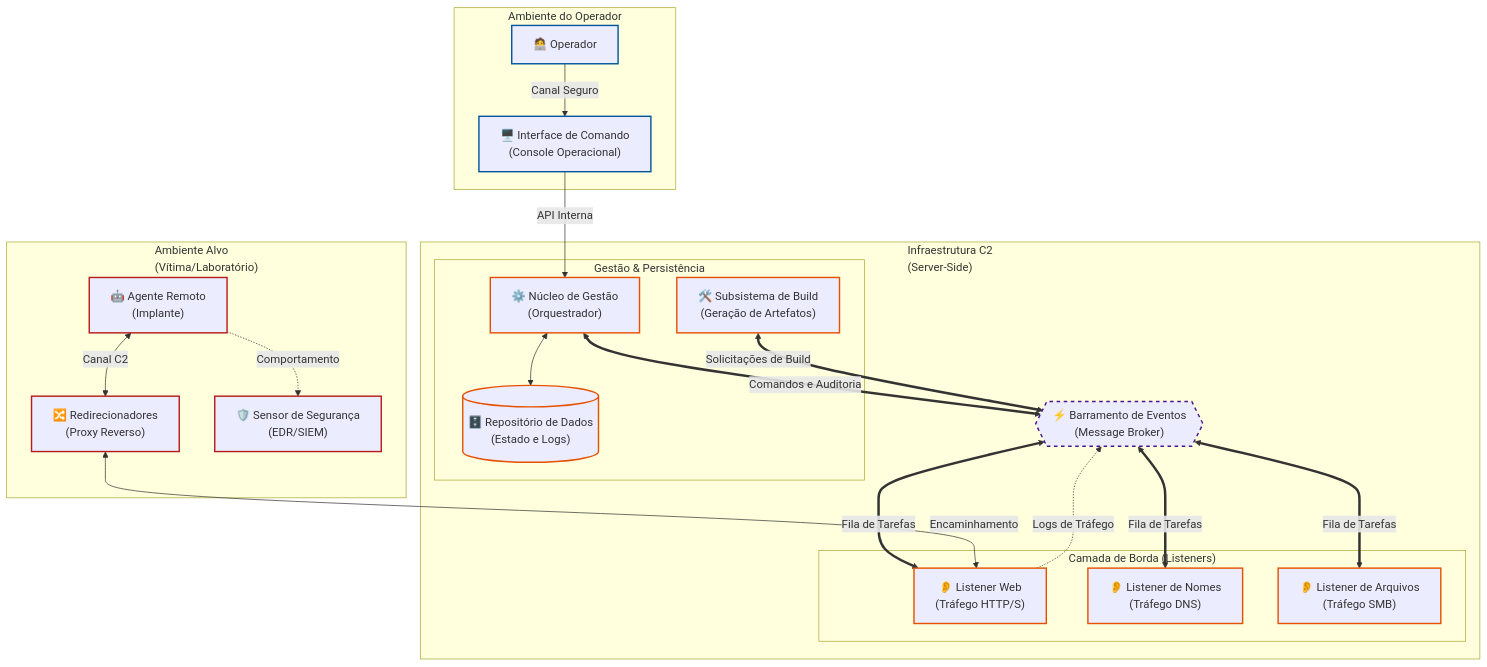
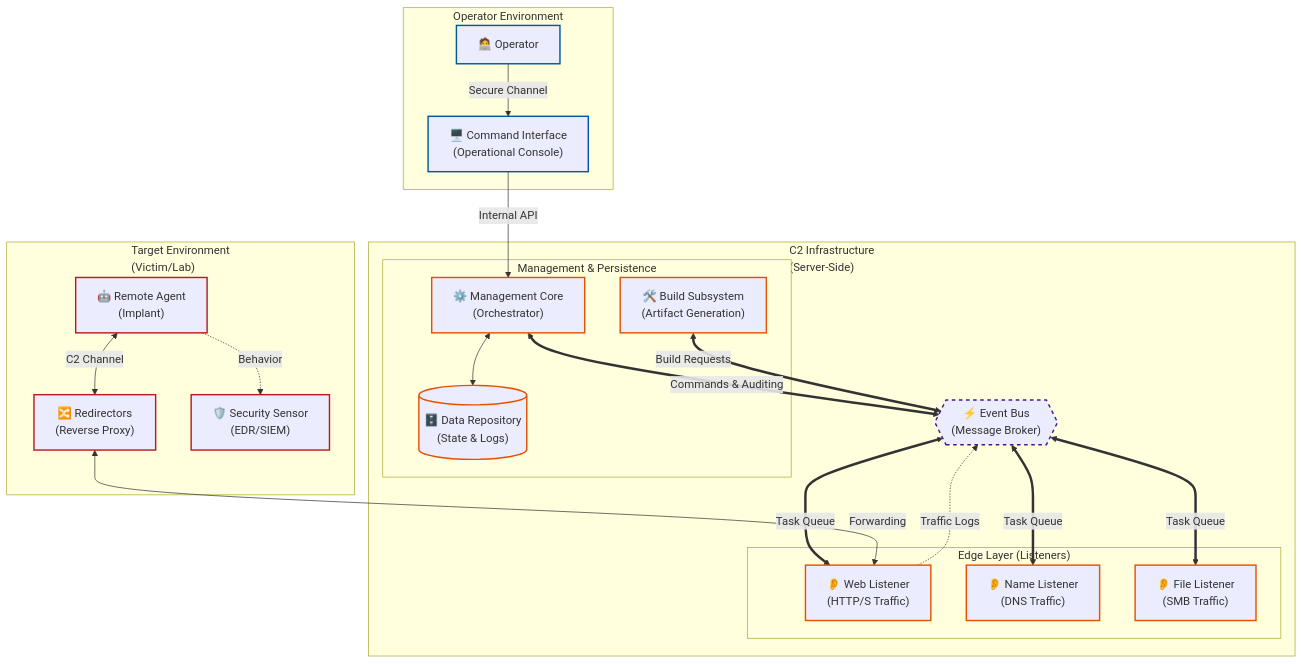
One commit to sourceunion/libre-control changed the first of 2 diagrams in ARCHITECTURE.md. Above: the diagram before and after it, drawn with Mermaid. The commit also changed other lines of this file and 29 other files, not shown here.

````diff
--- a/ARCHITECTURE.md
+++ b/ARCHITECTURE.md
@@ -11,60 +11,60 @@
 ```mermaid
 flowchart TD
-    %% Definição de Classes para Estilo (Mantidas para consistência visual)
+    %% Class Definitions for Styling
     classDef external stroke:#01579b,stroke-width:2px;
     classDef infra stroke:#e65100,stroke-width:2px;
     classDef broker stroke:#4a148c,stroke-width:2px,stroke-dasharray: 5 5;
     classDef target stroke:#b71c1c,stroke-width:2px;
 
-    subgraph "Ambiente do Operador"
-        Operator["🧑‍💻 Operador"]:::external
-        UI["🖥️ Interface de Comando<br>(Console Operacional)"]:::external
+    subgraph "Operator Environment"
+        Operator["🧑‍💻 Operator"]:::external
+        UI["🖥️ Command Interface<br>(Operational Console)"]:::external
     end
 
-    subgraph "Infraestrutura C2<br>(Server-Side)"
+    subgraph "C2 Infrastructure<br>(Server-Side)"
         
-        subgraph "Gestão & Persistência"
-            API["⚙️ Núcleo de Gestão<br>(Orquestrador)"]:::infra
-            DB[("🗄️ Repositório de Dados<br>(Estado e Logs)")]:::infra
-            Factory["🛠️ Subsistema de Build<br>(Geração de Artefatos)"]:::infra
+        subgraph "Management & Persistence"
+            API["⚙️ Management Core<br>(Orchestrator)"]:::infra
+            DB[("🗄️ Data Repository<br>(State & Logs)")]:::infra
+            Factory["🛠️ Build Subsystem<br>(Artifact Generation)"]:::infra
         end
 
-        %% Componente de Desacoplamento
-        Broker{{"⚡ Barramento de Eventos<br>(Message Broker)"}}:::broker
+        %% Decoupling Component
+        Broker{{"⚡ Event Bus<br>(Message Broker)"}}:::broker
 
-        subgraph "Camada de Borda (Listeners)"
-            L_Web["👂 Listener Web<br>(Tráfego HTTP/S)"]:::infra
-            L_Name["👂 Listener de Nomes<br>(Tráfego DNS)"]:::infra
-            L_File["👂 Listener de Arquivos<br>(Tráfego SMB)"]:::infra
+        subgraph "Edge Layer (Listeners)"
+            L_Web["👂 Web Listener<br>(HTTP/S Traffic)"]:::infra
+            L_Name["👂 Name Listener<br>(DNS Traffic)"]:::infra
+            L_File["👂 File Listener<br>(SMB Traffic)"]:::infra
         end
     end
 
-    subgraph "Ambiente Alvo<br>(Vítima/Laboratório)"
-        Redir["🔀 Redirecionadores<br>(Proxy Reverso)"]:::target
-        Agent["🤖 Agente Remoto<br>(Implante)"]:::target
-        Sensor["🛡️ Sensor de Segurança<br>(EDR/SIEM)"]:::target
+    subgraph "Target Environment<br>(Victim/Lab)"
+        Redir["🔀 Redirectors<br>(Reverse Proxy)"]:::target
+        Agent["🤖 Remote Agent<br>(Implant)"]:::target
+        Sensor["🛡️ Security Sensor<br>(EDR/SIEM)"]:::target
     end
 
-    %% --- RELAÇÕES ---
+    %% --- RELATIONSHIPS ---
 
-    %% Fluxo de Controle
-    Operator -->|Canal Seguro| UI
-    UI -->|API Interna| API
+    %% Control Flow
+    Operator -->|Secure Channel| UI
+    UI -->|Internal API| API
     API <--> DB
     
-    %% Integração via Barramento (Pub/Sub)
-    API <==>|Comandos e Auditoria| Broker
-    Factory <==>|Solicitações de Build| Broker
+    %% Integration via Bus (Pub/Sub)
+    API <==>|Commands & Auditing| Broker
+    Factory <==>|Build Requests| Broker
     
-    Broker <==>|Fila de Tarefas| L_Web
-    Broker <==>|Fila de Tarefas| L_Name
-    Broker <==>|Fila de Tarefas| L_File
+    Broker <==>|Task Queue| L_Web
+    Broker <==>|Task Queue| L_Name
+    Broker <==>|Task Queue| L_File
 
-    %% Comunicação Externa
-    Agent <-->|Canal C2| Redir
-    Redir <-->|Encaminhamento| L_Web
+    %% External Communication
+    Agent <-->|C2 Channel| Redir
+    Redir <-->|Forwarding| L_Web
     
-    %% Telemetria
-    Agent -.->|Comportamento| Sensor
-    L_Web -.->|Logs de Tráfego| Broker
+    %% Telemetry
+    Agent -.->|Behavior| Sensor
+    L_Web -.->|Traffic Logs| Broker
 ```
````
